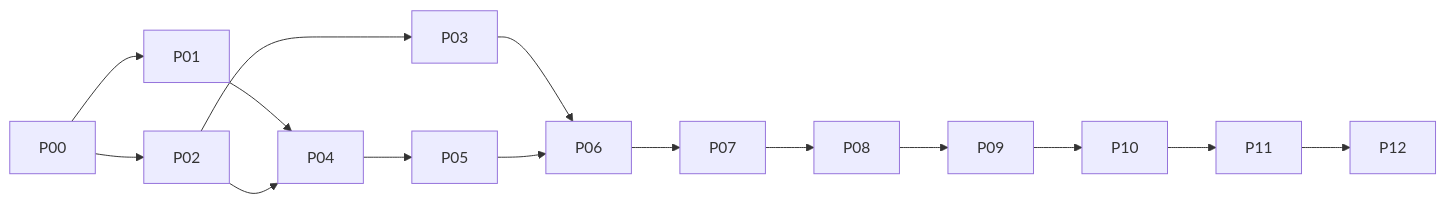
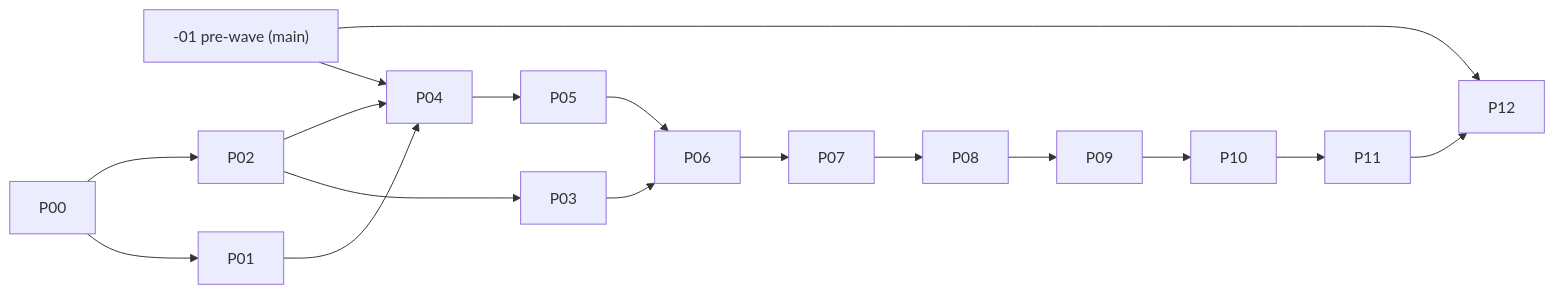
Before and after one commit to vantt/forgent: the diagram in plans/261020-2132-seat-binding-component/plan.md, drawn with Mermaid. The commit also changed other lines of this file and 14 other files, not shown here.

````diff
--- a/plans/261020-2132-seat-binding-component/plan.md
+++ b/plans/261020-2132-seat-binding-component/plan.md
@@ -73,9 +80,11 @@
 ```mermaid
 graph LR
+  PM01["-01 pre-wave (main)"] --> P04
+  PM01 --> P12
   P00 --> P01 & P02
   P01 --> P04
   P02 --> P03 & P04
   P04 --> P05
   P03 --> P06
   P05 --> P06 --> P07 --> P08 --> P09 --> P10 --> P11 --> P12
 ```
````
